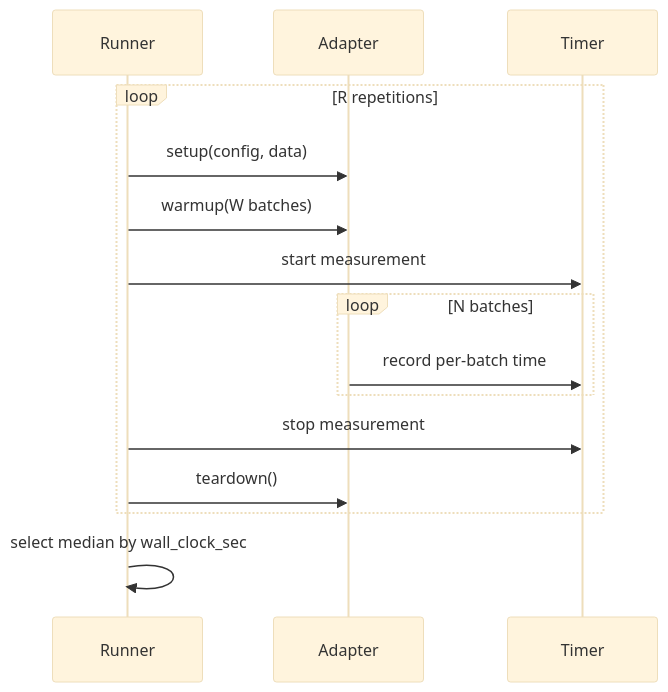
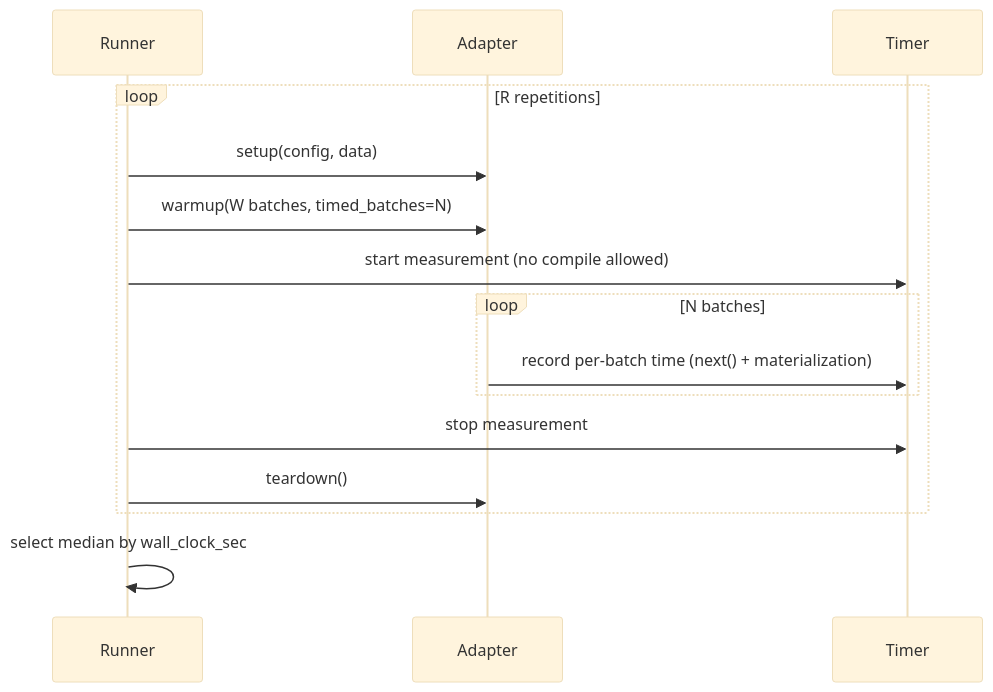
Before and after one commit to avitai/datarax: the diagram in docs/benchmarks/methodology.md, drawn with Mermaid (base theme). The commit also changed other lines of this file and 70 other files, not shown here.

First line of the commit message:
Gate benchmarks on zero compiles in steady state; time next() per batch

````diff
--- a/docs/benchmarks/methodology.md
+++ b/docs/benchmarks/methodology.md
@@ -9,18 +9,18 @@
 ```mermaid
 sequenceDiagram
     participant Runner
     participant Adapter
     participant Timer
 
     loop R repetitions
         Runner->>Adapter: setup(config, data)
-        Runner->>Adapter: warmup(W batches)
-        Runner->>Timer: start measurement
+        Runner->>Adapter: warmup(W batches, timed_batches=N)
+        Runner->>Timer: start measurement (no compile allowed)
         loop N batches
-            Adapter->>Timer: record per-batch time
+            Adapter->>Timer: record per-batch time (next() + materialization)
         end
         Runner->>Timer: stop measurement
         Runner->>Adapter: teardown()
     end
     Runner->>Runner: select median by wall_clock_sec
 ```
````
